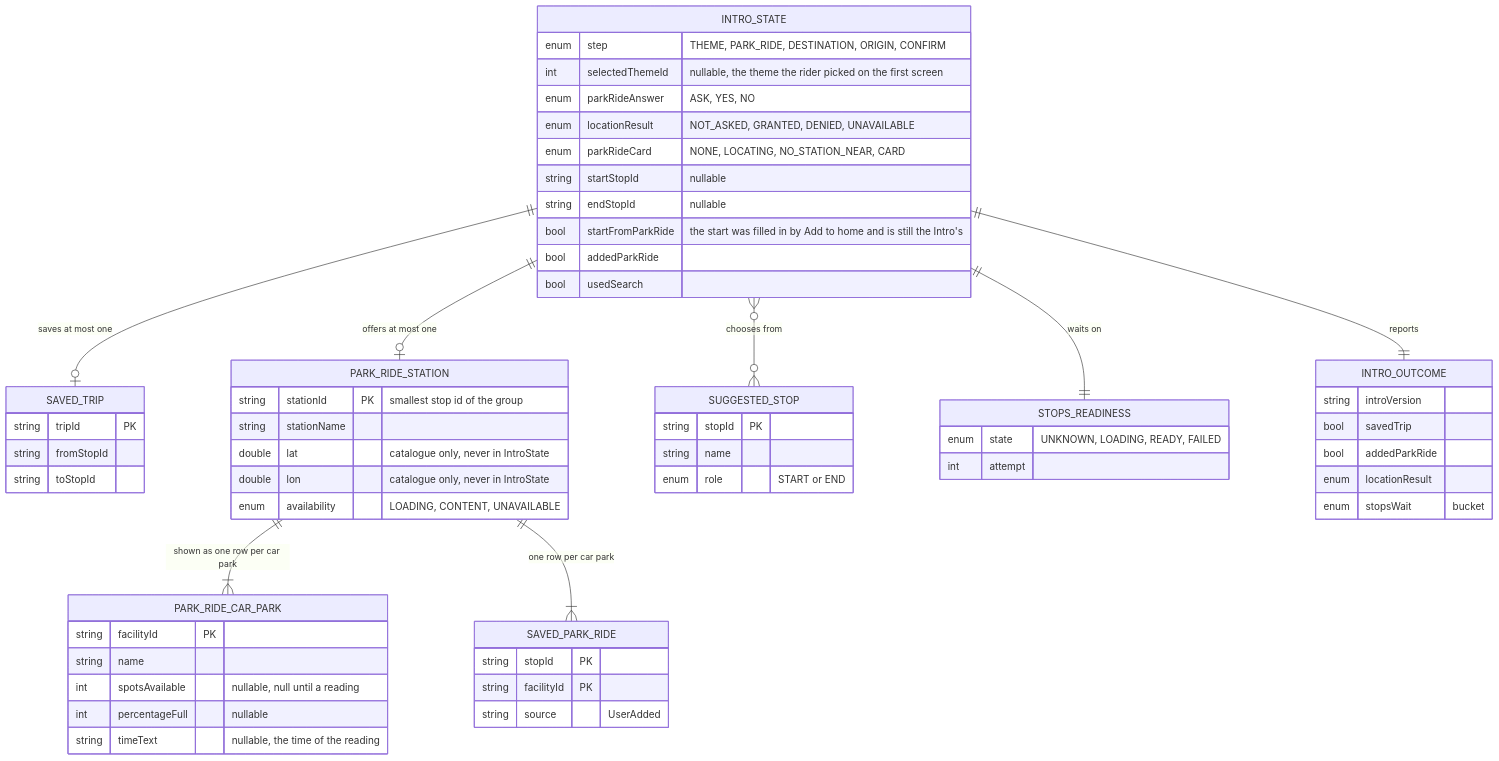
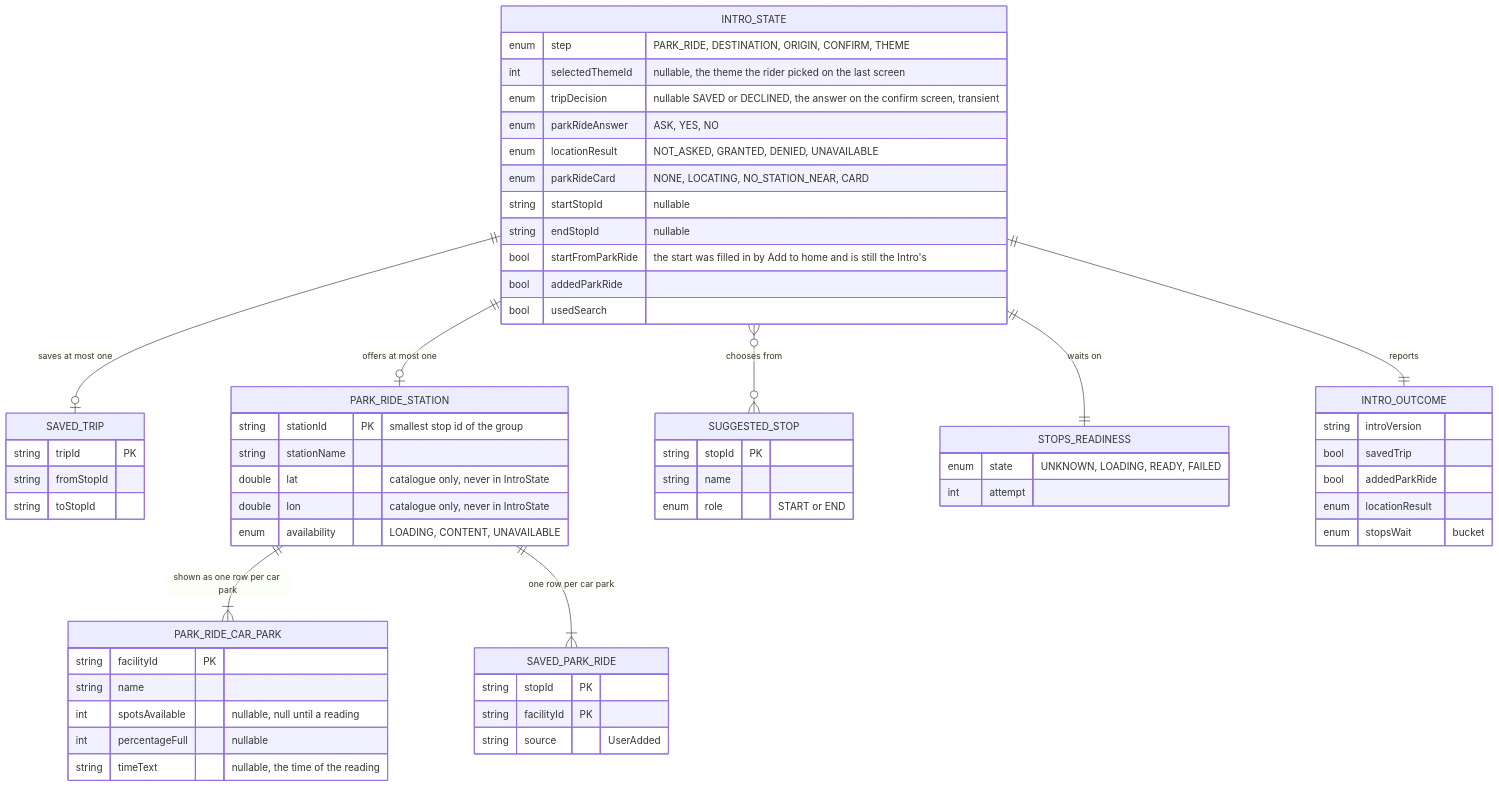
Before and after one commit to ksharma-xyz/KRAIL: the first of 3 diagrams in docs/features/intro/ERD.md, drawn with Mermaid. The commit also changed other lines of this file and 37 other files, not shown here.

First line of the commit message:
Move the Intro finish to the last screen, theme

````diff
--- a/docs/features/intro/ERD.md
+++ b/docs/features/intro/ERD.md
@@ -35,62 +35,63 @@
 ```mermaid
 erDiagram
     INTRO_STATE ||--o| SAVED_TRIP : "saves at most one"
     INTRO_STATE ||--o| PARK_RIDE_STATION : "offers at most one"
     PARK_RIDE_STATION ||--|{ PARK_RIDE_CAR_PARK : "shown as one row per car park"
     PARK_RIDE_STATION ||--|{ SAVED_PARK_RIDE : "one row per car park"
     INTRO_STATE }o--o{ SUGGESTED_STOP : "chooses from"
     INTRO_STATE ||--|| STOPS_READINESS : "waits on"
     INTRO_STATE ||--|| INTRO_OUTCOME : "reports"
     INTRO_STATE {
-        enum step "THEME, PARK_RIDE, DESTINATION, ORIGIN, CONFIRM"
-        int selectedThemeId "nullable, the theme the rider picked on the first screen"
+        enum step "PARK_RIDE, DESTINATION, ORIGIN, CONFIRM, THEME"
+        int selectedThemeId "nullable, the theme the rider picked on the last screen"
+        enum tripDecision "nullable SAVED or DECLINED, the answer on the confirm screen, transient"
         enum parkRideAnswer "ASK, YES, NO"
         enum locationResult "NOT_ASKED, GRANTED, DENIED, UNAVAILABLE"
         enum parkRideCard "NONE, LOCATING, NO_STATION_NEAR, CARD"
         string startStopId "nullable"
         string endStopId "nullable"
         bool startFromParkRide "the start was filled in by Add to home and is still the Intro's"
         bool addedParkRide
         bool usedSearch
     }
     SUGGESTED_STOP {
         string stopId PK
         string name
         enum role "START or END"
     }
     PARK_RIDE_STATION {
         string stationId PK "smallest stop id of the group"
         string stationName
         double lat "catalogue only, never in IntroState"
         double lon "catalogue only, never in IntroState"
         enum availability "LOADING, CONTENT, UNAVAILABLE"
     }
     PARK_RIDE_CAR_PARK {
         string facilityId PK
         string name
         int spotsAvailable "nullable, null until a reading"
         int percentageFull "nullable"
         string timeText "nullable, the time of the reading"
     }
     SAVED_PARK_RIDE {
         string stopId PK
         string facilityId PK
         string source "UserAdded"
     }
     SAVED_TRIP {
         string tripId PK
         string fromStopId
         string toStopId
     }
     STOPS_READINESS {
         enum state "UNKNOWN, LOADING, READY, FAILED"
         int attempt
     }
     INTRO_OUTCOME {
         string introVersion
         bool savedTrip
         bool addedParkRide
         enum locationResult
         enum stopsWait "bucket"
     }
 ```
````
